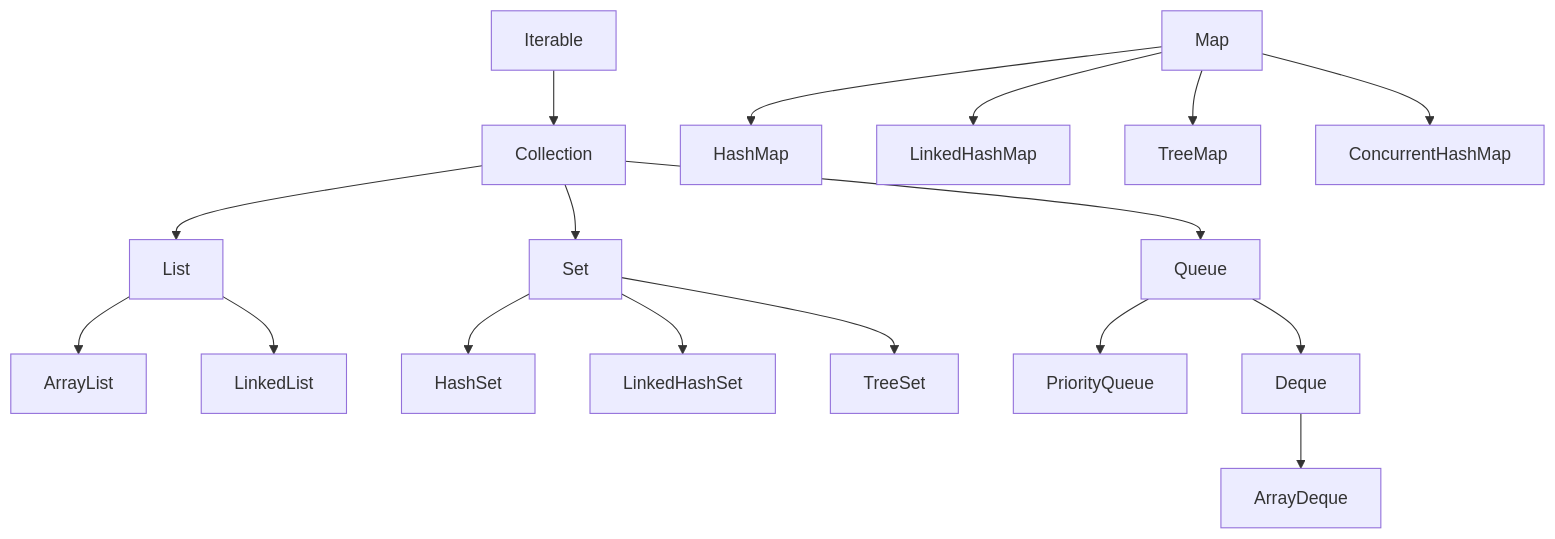
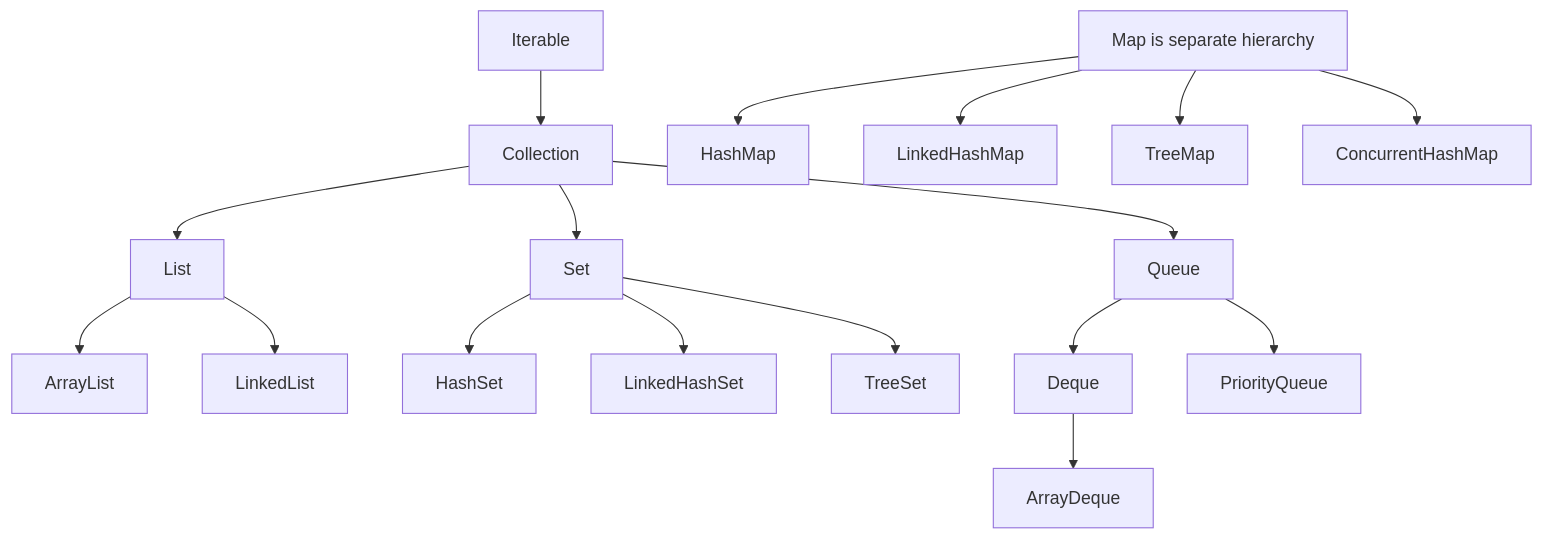
One commit to mthaiseer/springcloud-systemdesign-notes changed the first of 25 diagrams in HLD_NOTES/003_TECHNOLOGY_DEEP_DIVE/core-java/java_collections_quick_ref.md. Above: the diagram before and after it, drawn with Mermaid. The commit also changed other lines of this file, not shown here.

````diff
--- a/HLD_NOTES/003_TECHNOLOGY_DEEP_DIVE/core-java/java_collections_quick_ref.md
+++ b/HLD_NOTES/003_TECHNOLOGY_DEEP_DIVE/core-java/java_collections_quick_ref.md
@@ -84,24 +38,24 @@
 ```mermaid
 flowchart TD
-    Iterable["Iterable"] --> Collection["Collection"]
+    Iterable[Iterable] --> Collection[Collection]
+    Collection --> List[List]
+    Collection --> Set[Set]
+    Collection --> Queue[Queue]
+    Queue --> Deque[Deque]
+    Map[Map is separate hierarchy]
 
-    Collection --> List["List"]
-    Collection --> Set["Set"]
-    Collection --> Queue["Queue"]
+    List --> ArrayList[ArrayList]
+    List --> LinkedList[LinkedList]
 
-    List --> ArrayList["ArrayList"]
-    List --> LinkedList["LinkedList"]
+    Set --> HashSet[HashSet]
+    Set --> LinkedHashSet[LinkedHashSet]
+    Set --> TreeSet[TreeSet]
 
-    Set --> HashSet["HashSet"]
-    Set --> LinkedHashSet["LinkedHashSet"]
-    Set --> TreeSet["TreeSet"]
+    Queue --> PriorityQueue[PriorityQueue]
+    Deque --> ArrayDeque[ArrayDeque]
 
-    Queue --> PriorityQueue["PriorityQueue"]
-    Queue --> Deque["Deque"]
-    Deque --> ArrayDeque["ArrayDeque"]
-
-    Map["Map"] --> HashMap["HashMap"]
-    Map --> LinkedHashMap["LinkedHashMap"]
-    Map --> TreeMap["TreeMap"]
-    Map --> ConcurrentHashMap["ConcurrentHashMap"]
+    Map --> HashMap[HashMap]
+    Map --> LinkedHashMap[LinkedHashMap]
+    Map --> TreeMap[TreeMap]
+    Map --> ConcurrentHashMap[ConcurrentHashMap]
 ```
````
